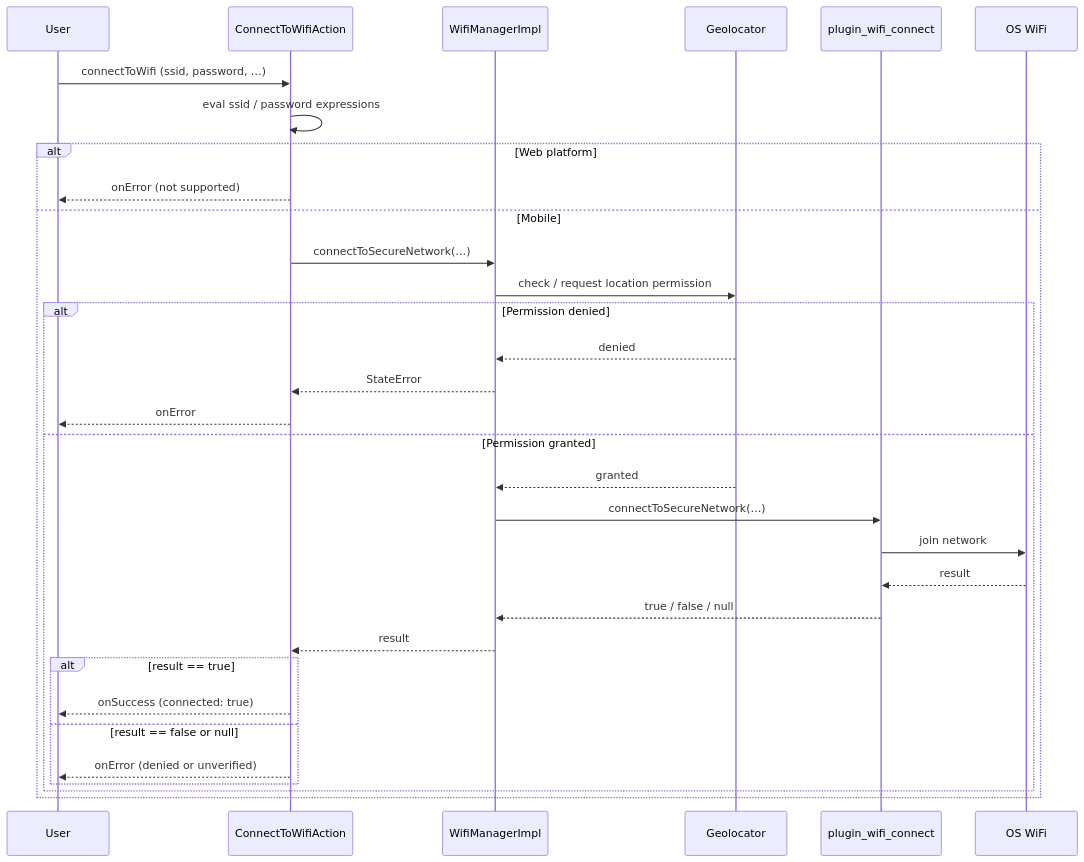
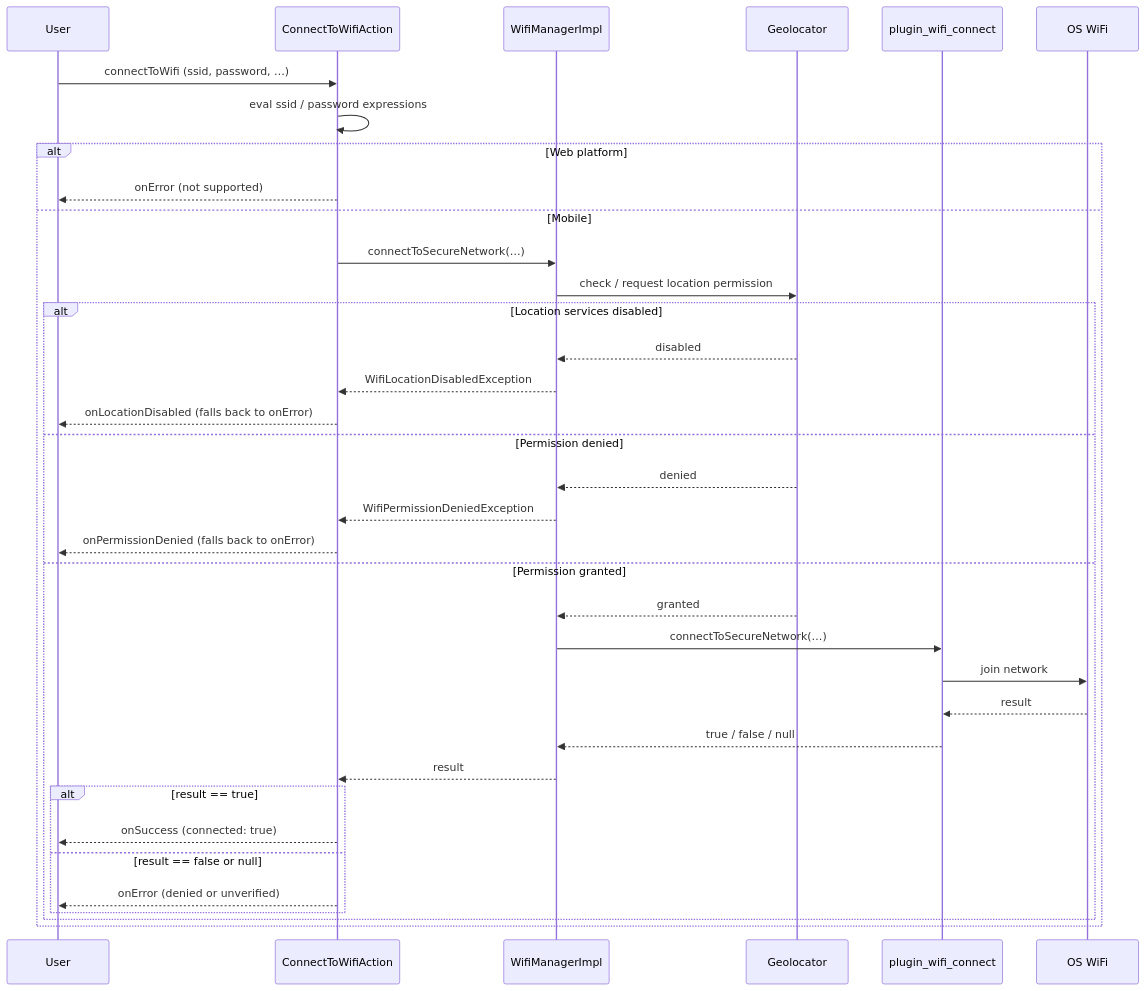
One commit to EnsembleUI/ensemble changed the fifth of 6 diagrams in modules/ensemble_wifi/README.md. Above: the diagram before and after it, drawn with Mermaid. The commit also changed other lines of this file and 3 other files, not shown here.

Commit message:
feat(wifi): enhance error handling for Wi-Fi connection failures (#2355)

````diff
--- a/modules/ensemble_wifi/README.md
+++ b/modules/ensemble_wifi/README.md
@@ -207,36 +207,40 @@
 ```mermaid
 sequenceDiagram
   participant User
   participant Action as ConnectToWifiAction
   participant Impl as WifiManagerImpl
   participant Geo as Geolocator
   participant Plugin as plugin_wifi_connect
   participant OS as OS WiFi
 
   User->>Action: connectToWifi (ssid, password, …)
   Action->>Action: eval ssid / password expressions
 
   alt Web platform
     Action-->>User: onError (not supported)
   else Mobile
     Action->>Impl: connectToSecureNetwork(…)
     Impl->>Geo: check / request location permission
-    alt Permission denied
+    alt Location services disabled
+      Geo-->>Impl: disabled
+      Impl-->>Action: WifiLocationDisabledException
+      Action-->>User: onLocationDisabled (falls back to onError)
+    else Permission denied
       Geo-->>Impl: denied
-      Impl-->>Action: StateError
-      Action-->>User: onError
+      Impl-->>Action: WifiPermissionDeniedException
+      Action-->>User: onPermissionDenied (falls back to onError)
     else Permission granted
       Geo-->>Impl: granted
       Impl->>Plugin: connectToSecureNetwork(…)
       Plugin->>OS: join network
       OS-->>Plugin: result
       Plugin-->>Impl: true / false / null
       Impl-->>Action: result
       alt result == true
         Action-->>User: onSuccess (connected: true)
       else result == false or null
         Action-->>User: onError (denied or unverified)
       end
     end
   end
 ```
````
